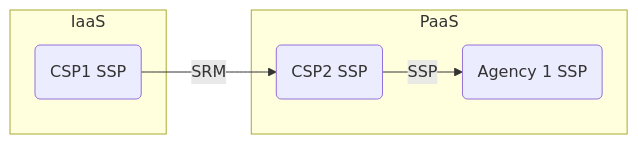
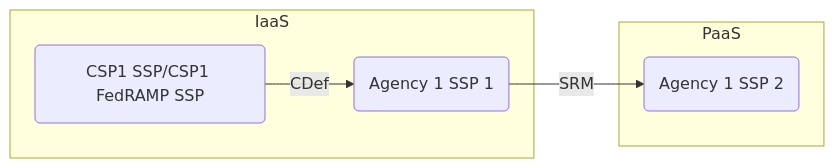
One commit to jpower432/oscal-content changed the first of 2 diagrams in examples/srm/json/example_workflows/README.md. Above: the diagram before and after it, drawn with Mermaid. The commit also changed other lines of this file and 8 other files, not shown here.

Commit message:
feat: refines the left diagram and implements the right side of the diagram

````diff
--- a/examples/srm/json/example_workflows/README.md
+++ b/examples/srm/json/example_workflows/README.md
@@ -16,14 +14,14 @@
 ```mermaid
 graph LR
   subgraph IaaS
-    CSP1_SSP("CSP1 SSP")
+    CSP1_SSP("CSP1 SSP/CSP1 FedRAMP SSP")
+    Agency1_SSP1("Agency 1 SSP 1")
   end
 
   subgraph PaaS
-    CSP2_SSP("CSP2 SSP")
-    Agency1_SSP("Agency 1 SSP")
+    Agency1_SSP2("Agency 1 SSP 2")
   end
 
-  CSP1_SSP -- SRM --> CSP2_SSP
-  CSP2_SSP -- SSP --> Agency1_SSP
+  CSP1_SSP -- CDef --> Agency1_SSP1
+  Agency1_SSP1 -- SRM --> Agency1_SSP2
 ```
````
